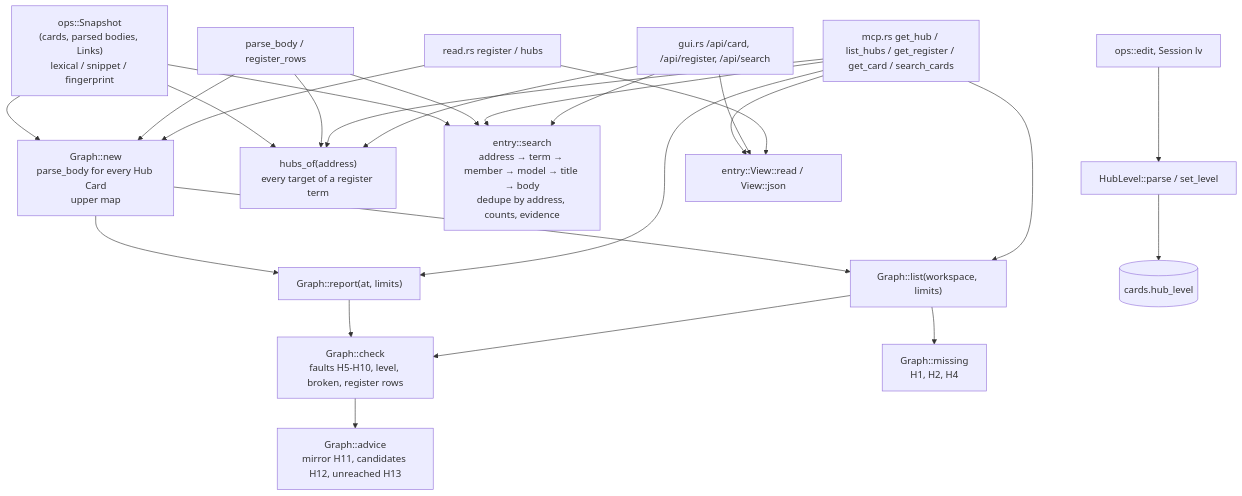
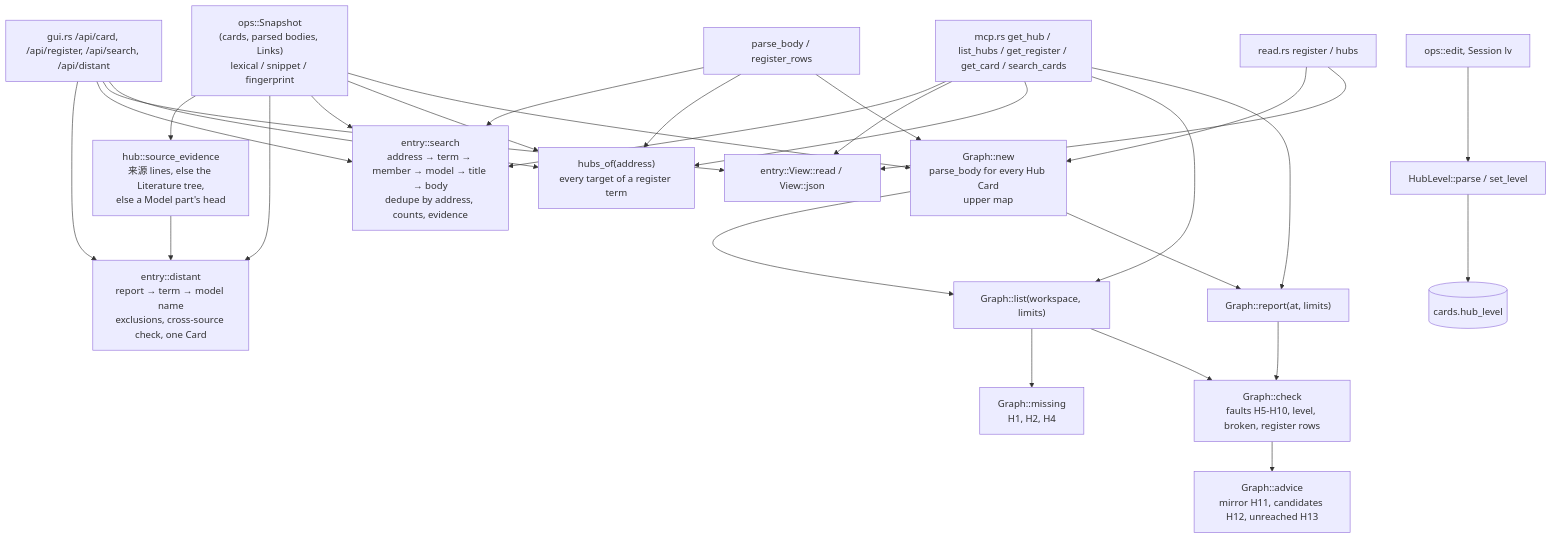
The diagram in docs/wiki/hub-cards.md (liudesheng9/zet), drawn with Mermaid before and after one commit. The commit also changed other lines of this file and 7 other files, not shown here.

````diff
--- a/docs/wiki/hub-cards.md
+++ b/docs/wiki/hub-cards.md
@@ -81,27 +89,31 @@
 ```mermaid
 flowchart TD
   S["ops::Snapshot<br/>(cards, parsed bodies, Links)<br/>lexical / snippet / fingerprint"] --> G["Graph::new<br/>parse_body for every Hub Card<br/>upper map"]
   S --> HO["hubs_of(address)<br/>every target of a register term"]
   S --> SR["entry::search<br/>address → term → member → model → title → body<br/>dedupe by address, counts, evidence"]
+  S --> SD["entry::distant<br/>report → term → model name<br/>exclusions, cross-source check, one Card"]
+  S --> SE["hub::source_evidence<br/>来源 lines, else the Literature tree,<br/>else a Model part's head"]
   G --> R["Graph::report(at, limits)"]
   G --> L["Graph::list(workspace, limits)"]
   R --> C["Graph::check<br/>faults H5-H10, level, broken, register rows"]
   L --> C
   C --> A["Graph::advice<br/>mirror H11, candidates H12, unreached H13"]
   L --> M["Graph::missing<br/>H1, H2, H4"]
   P["parse_body / register_rows"] --> G
   P --> HO
   P --> SR
   LV["HubLevel::parse / set_level"] --> DB[("cards.hub_level")]
   MCP["mcp.rs get_hub / list_hubs / get_register / get_card / search_cards"] --> R
   MCP --> L
   MCP --> HO
   MCP --> E["entry::View::read / View::json"]
   MCP --> SR
-  GUI["gui.rs /api/card, /api/register, /api/search"] --> HO
+  GUI["gui.rs /api/card, /api/register, /api/search, /api/distant"] --> HO
   GUI --> E
   GUI --> SR
+  GUI --> SD
+  SE --> SD
   RD["read.rs register / hubs"] --> E
   RD --> G
   OPS["ops::edit, Session lv"] --> LV
 ```
````
